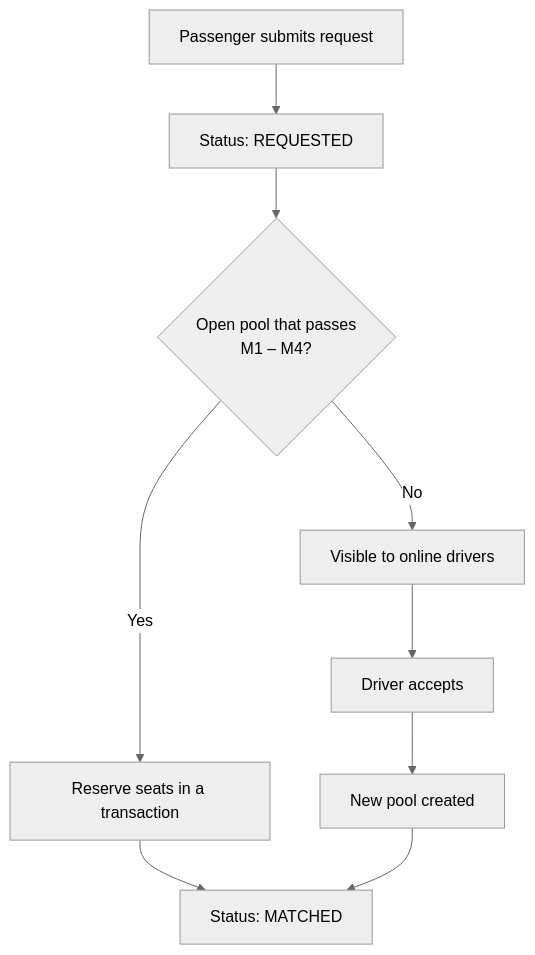
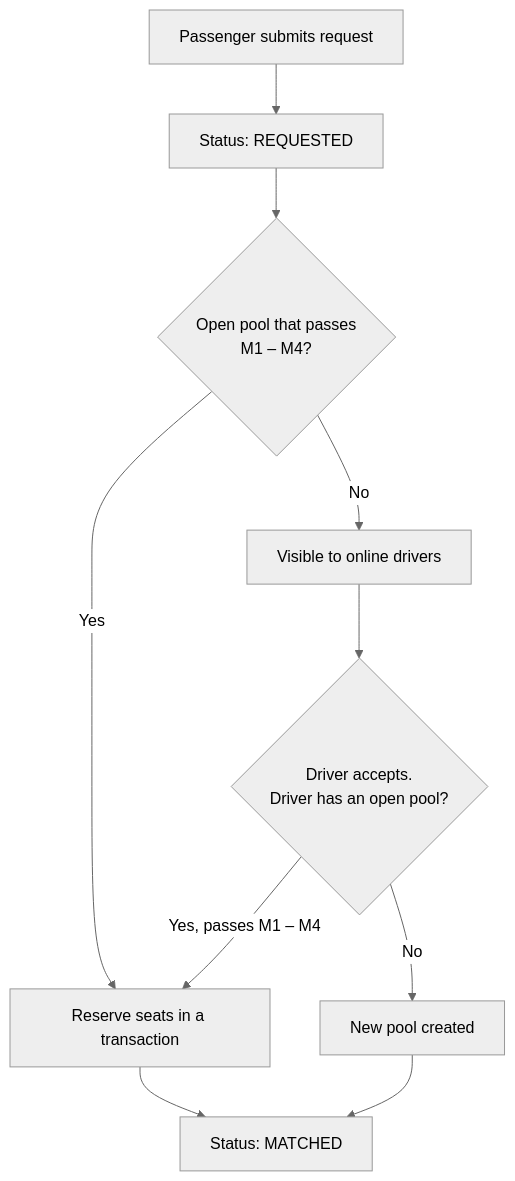
One commit to EsferSamiX/dhaka-tesla-pool changed the first of 2 diagrams in docs/assumptions.md. Above: the diagram before and after it, drawn with Mermaid (neutral theme). The commit also changed other lines of this file and 1 other file, not shown here.

Commit message:
docs: let drivers add waiting requests to an open pool

````diff
--- a/docs/assumptions.md
+++ b/docs/assumptions.md
@@ -140,11 +140,12 @@
 ```mermaid
 flowchart TD
     A[Passenger submits request] --> B[Status: REQUESTED]
     B --> C{Open pool that passes<br/>M1 – M4?}
     C -- Yes --> D[Reserve seats in a transaction]
     D --> E[Status: MATCHED]
     C -- No --> F[Visible to online drivers]
-    F --> G[Driver accepts]
-    G --> H[New pool created]
+    F --> G{Driver accepts.<br/>Driver has an open pool?}
+    G -- No --> H[New pool created]
+    G -- Yes, passes M1 – M4 --> D
     H --> E
 ```
````
